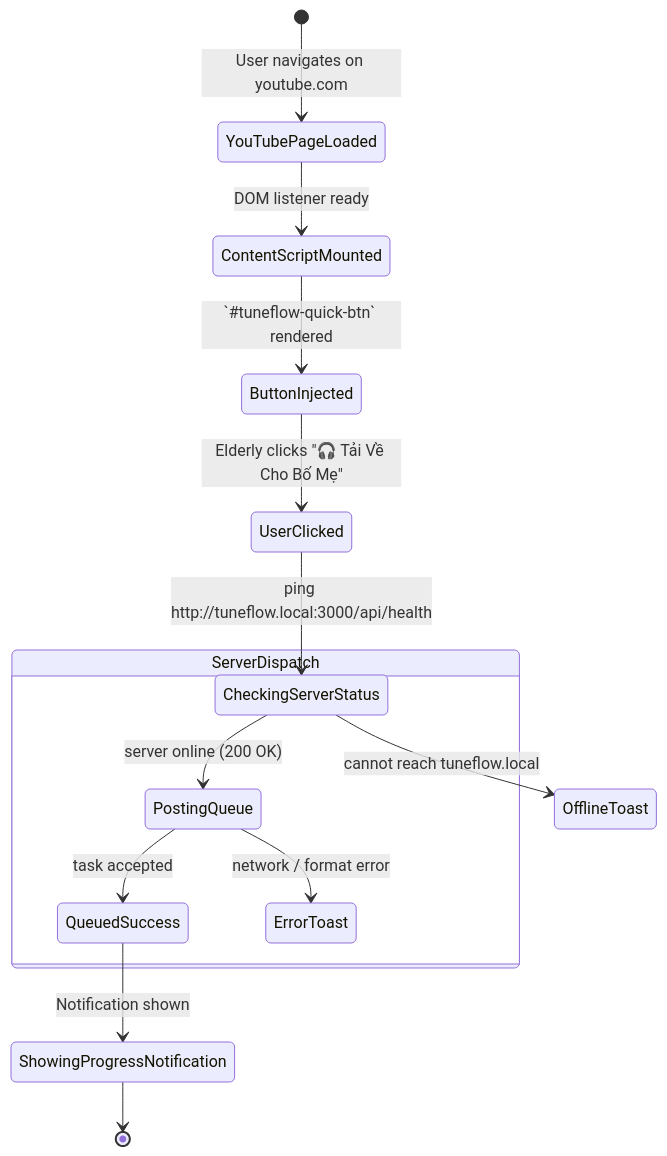
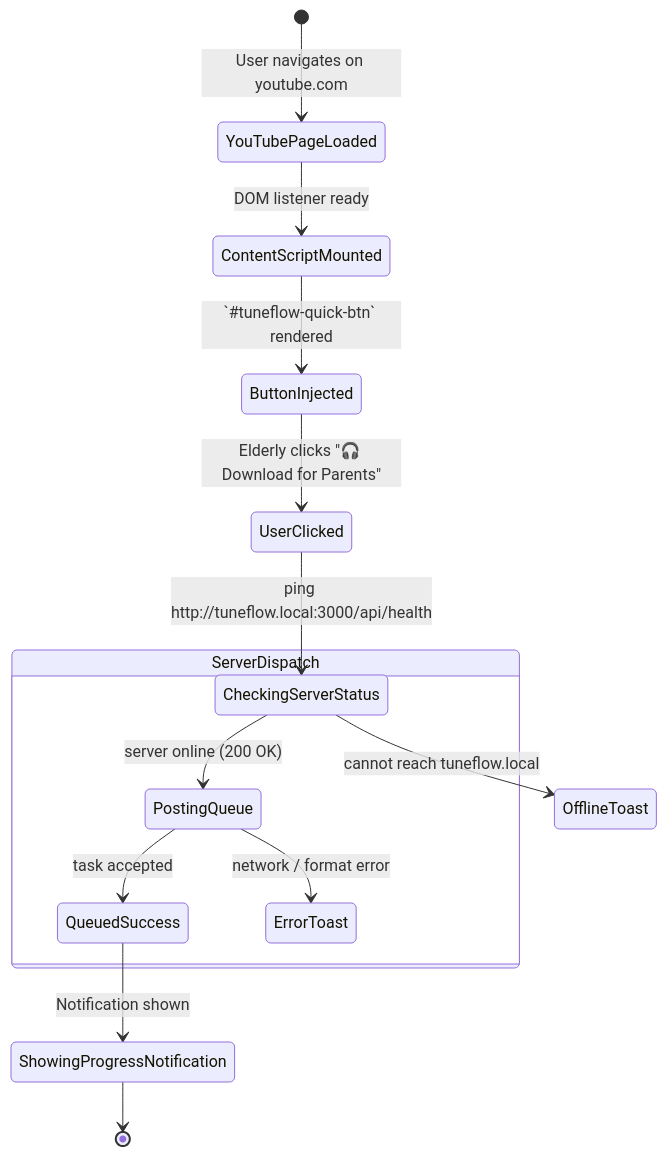
One commit to tamld/tuneflow changed the diagram in docs/fsm/FSM-Phase6-Browser-Extension.md. Above: the diagram before and after it, drawn with Mermaid. The commit also changed 48 other files, not shown here.

````diff
--- a/docs/fsm/FSM-Phase6-Browser-Extension.md
+++ b/docs/fsm/FSM-Phase6-Browser-Extension.md
@@ -3,20 +3,20 @@
 ```mermaid
 stateDiagram-v2
     [*] --> YouTubePageLoaded: User navigates on youtube.com
     YouTubePageLoaded --> ContentScriptMounted: DOM listener ready
     ContentScriptMounted --> ButtonInjected: `#tuneflow-quick-btn` rendered
     
-    ButtonInjected --> UserClicked: Elderly clicks "🎧 Tải Về Cho Bố Mẹ"
+    ButtonInjected --> UserClicked: Elderly clicks "🎧 Download for Parents"
     UserClicked --> CheckingServerStatus: ping http://tuneflow.local:3000/api/health
     
     state ServerDispatch {
         CheckingServerStatus --> PostingQueue: server online (200 OK)
         PostingQueue --> QueuedSuccess: task accepted
         PostingQueue --> ErrorToast: network / format error
     }
     
     CheckingServerStatus --> OfflineToast: cannot reach tuneflow.local
     
     QueuedSuccess --> ShowingProgressNotification: Notification shown
     ShowingProgressNotification --> [*]
 ```
````
